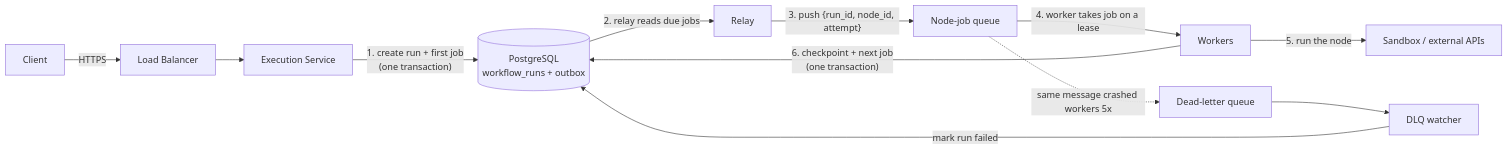
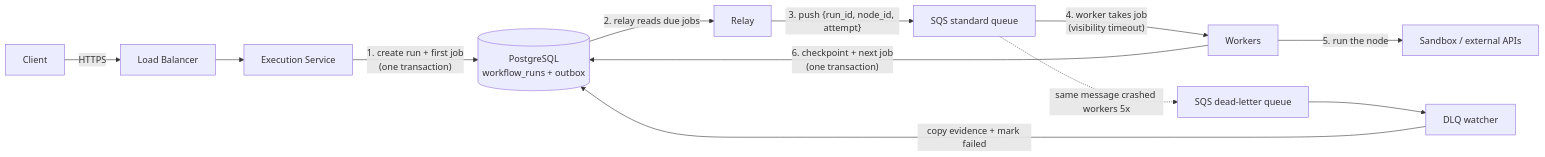
The fifth of 10 diagrams in README.md (Nabhag8848/Orchex), drawn with Mermaid before and after one commit. The commit also changed other lines of this file and 1 other file, not shown here.

First line of the commit message:
Document the SQS queue decision and fold the board into orchex.excalidraw.

````diff
--- a/README.md
+++ b/README.md
@@ -1150,14 +1150,14 @@
 ```mermaid
 flowchart LR
     Client["Client"] -->|HTTPS| LB["Load Balancer"]
     LB --> Exec["Execution Service"]
     Exec -->|"1. create run + first job<br/>(one transaction)"| PG[("PostgreSQL<br/>workflow_runs + outbox")]
     PG -->|"2. relay reads due jobs"| Relay["Relay"]
-    Relay -->|"3. push {run_id, node_id, attempt}"| Q["Node-job queue"]
-    Q -->|"4. worker takes job on a lease"| W["Workers"]
+    Relay -->|"3. push {run_id, node_id, attempt}"| Q["SQS standard queue"]
+    Q -->|"4. worker takes job<br/>(visibility timeout)"| W["Workers"]
     W -->|"5. run the node"| Ext["Sandbox / external APIs"]
     W -->|"6. checkpoint + next job<br/>(one transaction)"| PG
-    Q -.->|"same message crashed workers 5x"| DLQ["Dead-letter queue"]
+    Q -.->|"same message crashed workers 5x"| DLQ["SQS dead-letter queue"]
     DLQ --> Watcher["DLQ watcher"]
-    Watcher -->|"mark run failed"| PG
+    Watcher -->|"copy evidence + mark failed"| PG
 ```
````
